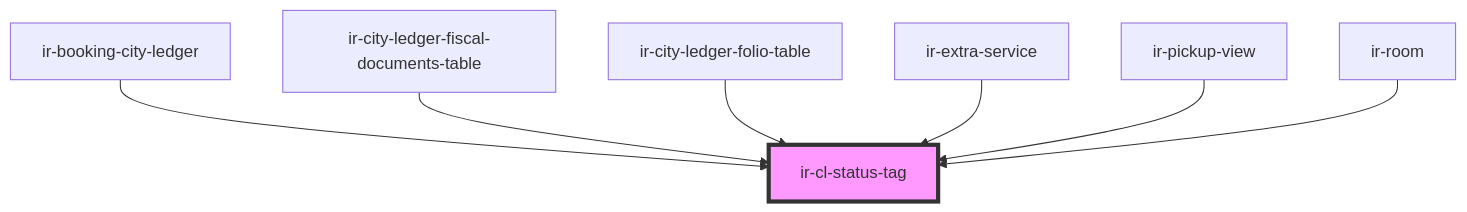
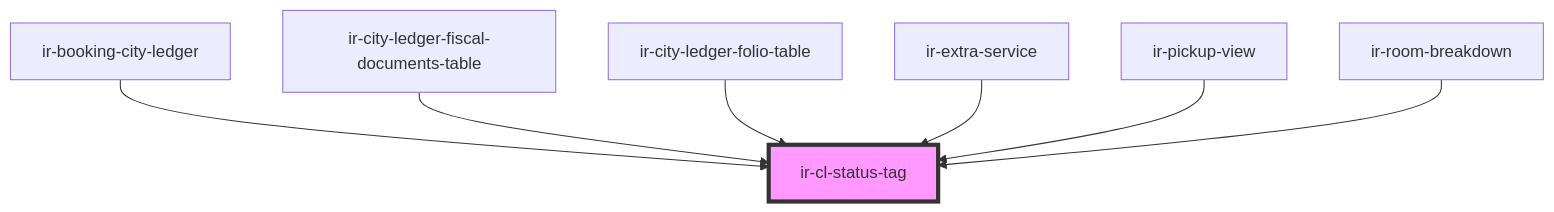
The diagram in src/components/ir-city-ledger/ir-cl-status-tag/readme.md (RonyRizk/ir-webcmp), drawn with Mermaid before and after one commit. The commit also changed other lines of this file and 244 other files, not shown here.

````diff
--- a/src/components/ir-city-ledger/ir-cl-status-tag/readme.md
+++ b/src/components/ir-city-ledger/ir-cl-status-tag/readme.md
@@ -28,10 +28,10 @@
 ```mermaid
 graph TD;
   ir-booking-city-ledger --> ir-cl-status-tag
   ir-city-ledger-fiscal-documents-table --> ir-cl-status-tag
   ir-city-ledger-folio-table --> ir-cl-status-tag
   ir-extra-service --> ir-cl-status-tag
   ir-pickup-view --> ir-cl-status-tag
-  ir-room --> ir-cl-status-tag
+  ir-room-breakdown --> ir-cl-status-tag
   style ir-cl-status-tag fill:#f9f,stroke:#333,stroke-width:4px
 ```
````
